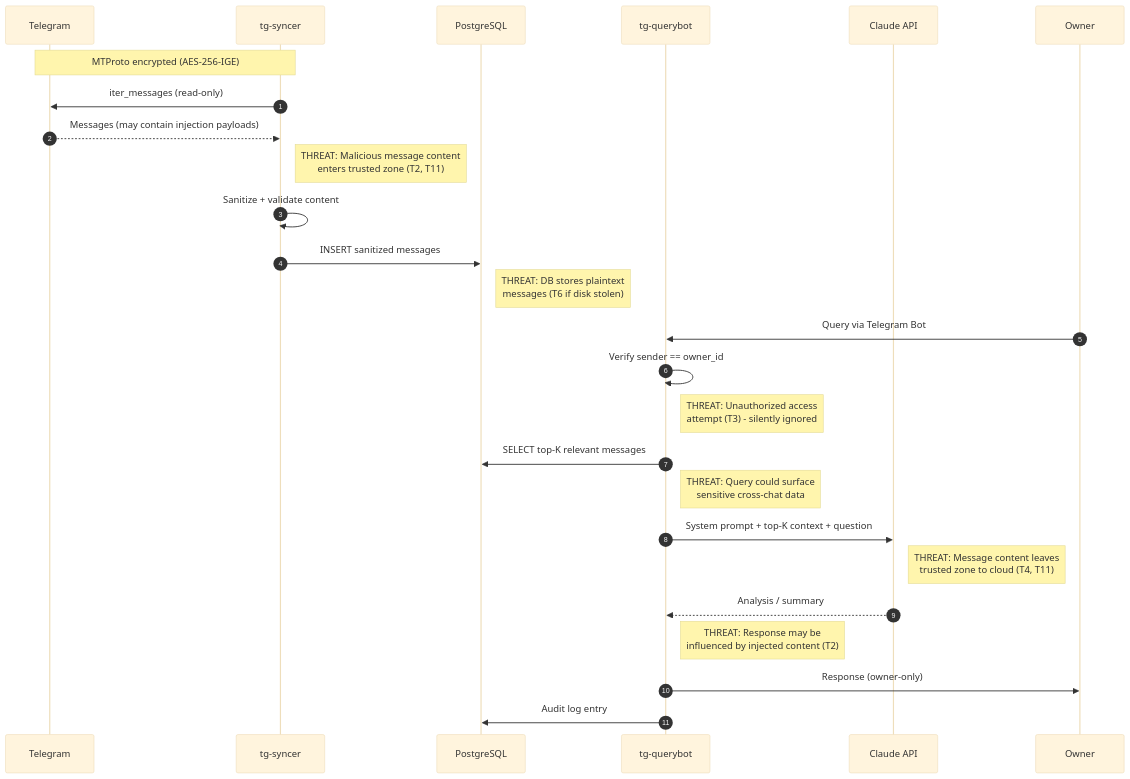
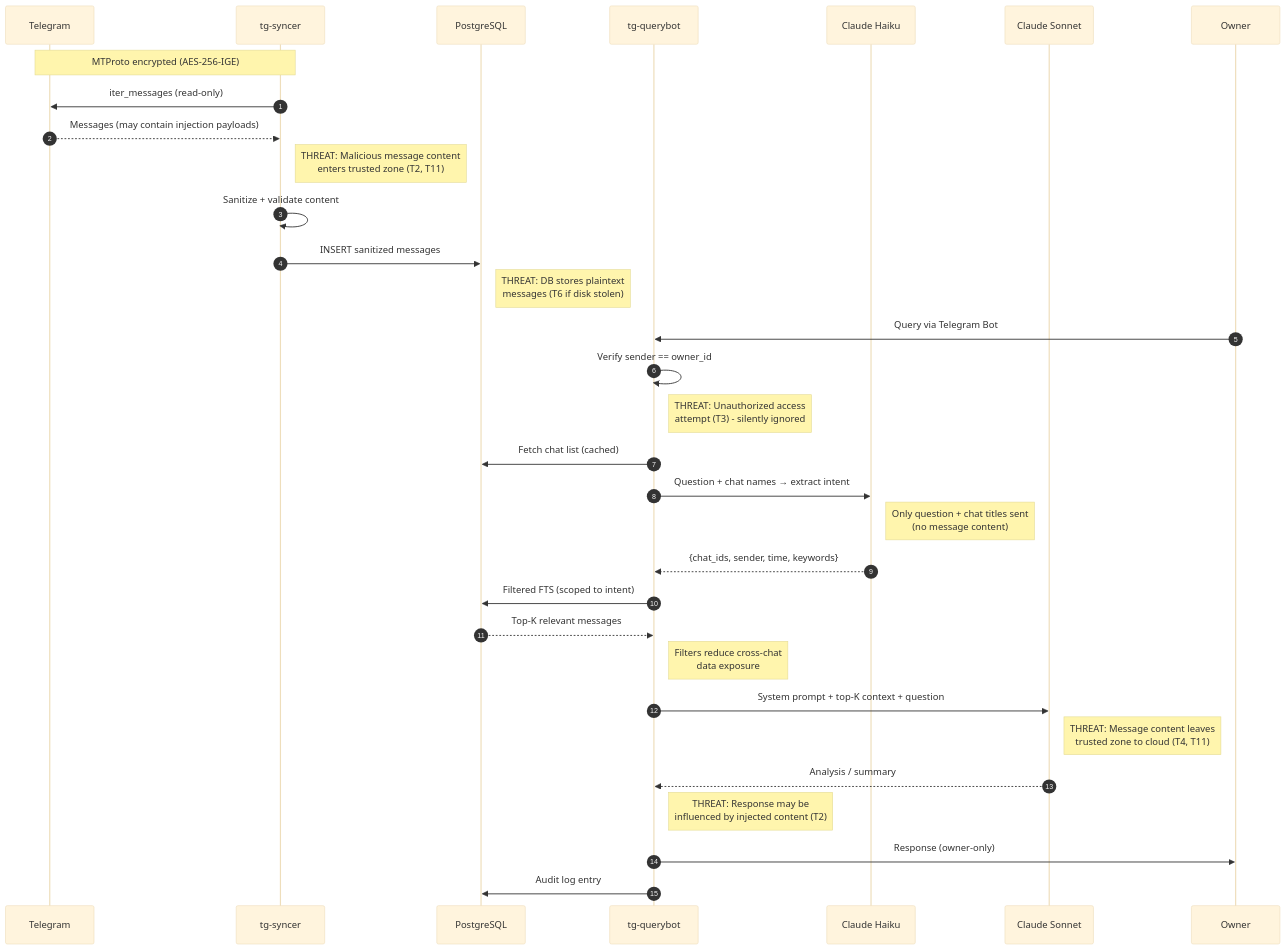
Before and after one commit to obheda12/telelocal: the tenth of 10 diagrams in tg-assistant/docs/SECURITY_MODEL.md, drawn with Mermaid (base theme). The commit also changed other lines of this file and 15 other files, not shown here.

First line of the commit message:
Add intent-driven filtered search + initial sync history limit

````diff
--- a/tg-assistant/docs/SECURITY_MODEL.md
+++ b/tg-assistant/docs/SECURITY_MODEL.md
@@ -826,35 +826,42 @@
 ```mermaid
 sequenceDiagram
     autonumber
     participant TG as Telegram
     participant Syncer as tg-syncer
     participant DB as PostgreSQL
     participant Bot as tg-querybot
-    participant Claude as Claude API
+    participant Haiku as Claude Haiku
+    participant Sonnet as Claude Sonnet
     participant Owner as Owner
 
     Note over TG,Syncer: MTProto encrypted (AES-256-IGE)
     Syncer->>TG: iter_messages (read-only)
     TG-->>Syncer: Messages (may contain injection payloads)
     Note right of Syncer: THREAT: Malicious message content<br/>enters trusted zone (T2, T11)
 
     Syncer->>Syncer: Sanitize + validate content
     Syncer->>DB: INSERT sanitized messages
     Note right of DB: THREAT: DB stores plaintext<br/>messages (T6 if disk stolen)
 
     Owner->>Bot: Query via Telegram Bot
     Bot->>Bot: Verify sender == owner_id
     Note right of Bot: THREAT: Unauthorized access<br/>attempt (T3) - silently ignored
 
-    Bot->>DB: SELECT top-K relevant messages
-    Note right of Bot: THREAT: Query could surface<br/>sensitive cross-chat data
+    Bot->>DB: Fetch chat list (cached)
+    Bot->>Haiku: Question + chat names → extract intent
+    Note right of Haiku: Only question + chat titles sent<br/>(no message content)
+    Haiku-->>Bot: {chat_ids, sender, time, keywords}
 
-    Bot->>Claude: System prompt + top-K context + question
-    Note right of Claude: THREAT: Message content leaves<br/>trusted zone to cloud (T4, T11)
+    Bot->>DB: Filtered FTS (scoped to intent)
+    DB-->>Bot: Top-K relevant messages
+    Note right of Bot: Filters reduce cross-chat<br/>data exposure
 
-    Claude-->>Bot: Analysis / summary
+    Bot->>Sonnet: System prompt + top-K context + question
+    Note right of Sonnet: THREAT: Message content leaves<br/>trusted zone to cloud (T4, T11)
+
+    Sonnet-->>Bot: Analysis / summary
     Note right of Bot: THREAT: Response may be<br/>influenced by injected content (T2)
 
     Bot->>Owner: Response (owner-only)
     Bot->>DB: Audit log entry
 ```
````
